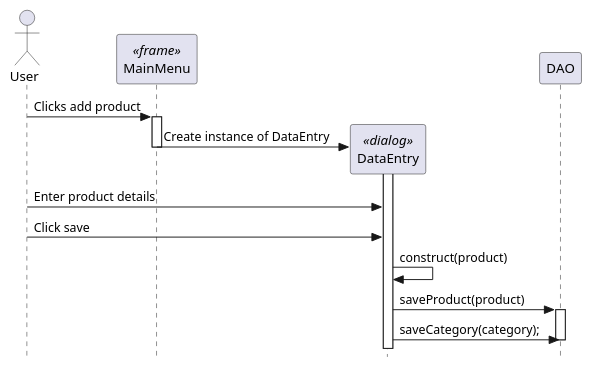
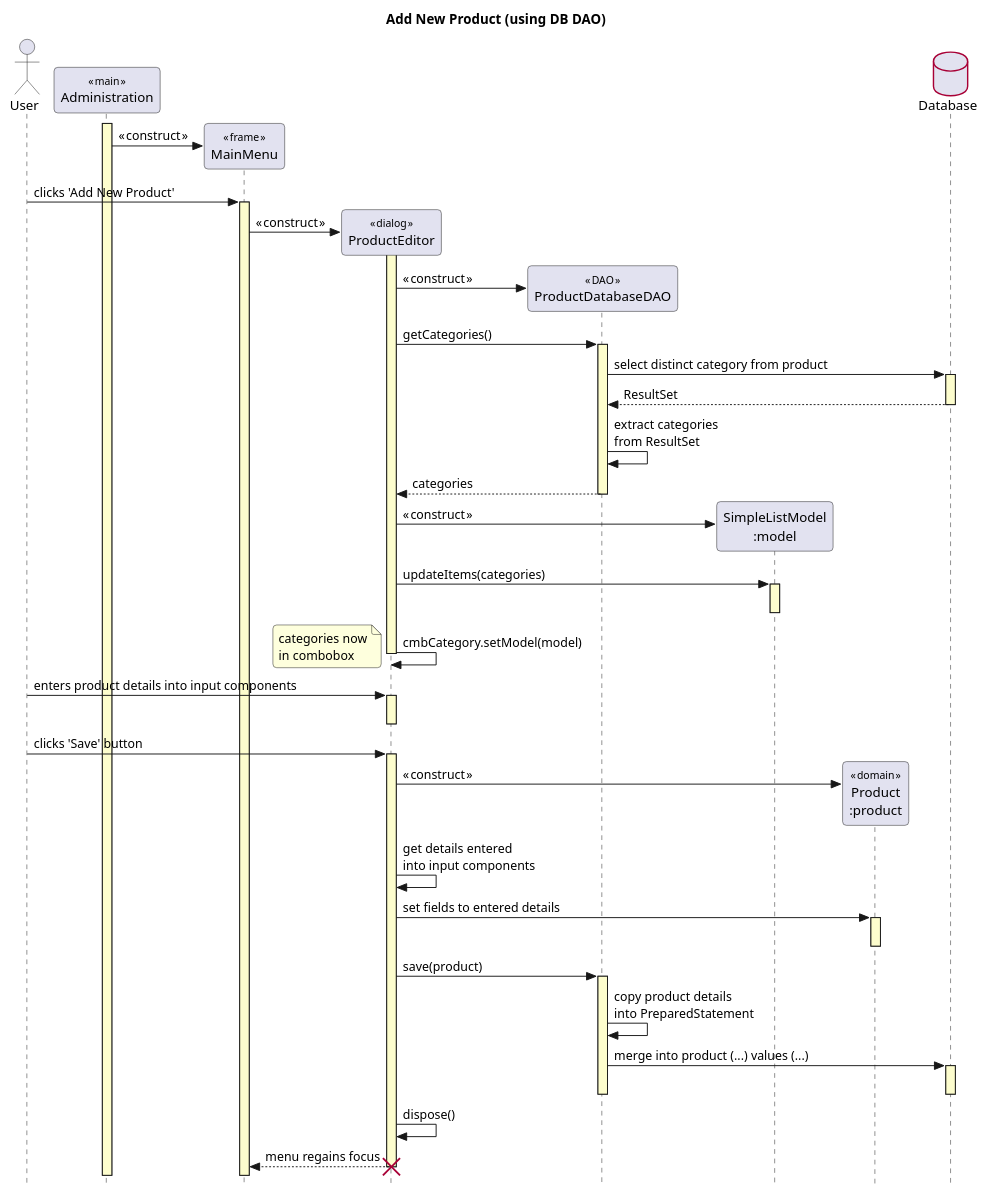
Before and after one commit to Jack-Baucke/INFO202-Project: the diagram in addNewProduct.puml, drawn with PlantUML. The commit also changed 7 other files, not shown here.

Commit message:
Laid groundwork for sequence diagrams

```diff
--- a/addNewProduct.puml
+++ b/addNewProduct.puml
@@ -1,25 +1,91 @@
 @startuml
-skinparam style strictuml
-
-actor "User" as user
-participant "MainMenu" as mainMenu <<frame>>
-
-user -> mainMenu++ : Clicks add product
-
-create "DataEntry" as dataEntry <<dialog>>
-
-mainMenu -> dataEntry++: Create instance of DataEntry
-mainMenu--
-
-user -> dataEntry: Enter product details
-user -> dataEntry: Click save
-dataEntry -> dataEntry: construct(product)
-
-participant "DAO" as dao
-
-dataEntry -> dao++: saveProduct(product)
-dataEntry -> dao: saveCategory(category);
-
+ 
+' style tweaks to make the diagram a little more readable
+skinparam {
+	Style strictuml
+	RoundCorner 8
+ 
+	Sequence {
+		' make activations yellow too
+		LifeLineBackgroundColor #FDFDCD
+ 
+		' make stereotypes less ugly
+		Stereotype {
+			Font {
+				Size 11
+				Style plain
+			}
+		}
+	}
+ 
+	DatabaseBorderColor #A80036
+ 
+}
+ 
+title Add New Product (using DB DAO)
+ 
+actor User as user
+participant "Administration" as main << main >>
+participant "MainMenu" as menu << frame >>
+participant "ProductEditor" as dialog << dialog >>
+participant "ProductDatabaseDAO" as dao << DAO >>
+participant "SimpleListModel\n:model" as model
+participant "Product\n:product" as product << domain >>
+database "Database" as db
+ 
+main++
+create menu
+main -> menu : « construct »
+ 
+user -> menu : clicks 'Add New Product'
+menu++
+ 
+create dialog
+menu -> dialog : « construct »
+dialog++
+ 
+create dao
+dialog -> dao : « construct »
+ 
+dialog -> dao++ : getCategories()
+dao -> db++ : select distinct category from product
+return ResultSet
+dao -> dao : extract categories\nfrom ResultSet
+return categories
+ 
+create model
+dialog -> model : « construct »
+ 
+dialog -> model++ : updateItems(categories)
+model--
+dialog -> dialog : cmbCategory.setModel(model)
+note left : categories now\nin combobox
+dialog--
+ 
+ 
+ 
+user -> dialog++ : enters product details into input components
+dialog--
+ 
+user -> dialog++ : clicks 'Save' button
+ 
+create product
+dialog -> product : « construct »
+ 
+dialog -> dialog : get details entered\ninto input components
+ 
+dialog -> product++ : set fields to entered details
+product--
+ 
+dialog -> dao++ : save(product)
+dao -> dao : copy product details\ninto PreparedStatement
+dao -> db++ : merge into product (...) values (...)
+db--
 dao--
-
+ 
+dialog -> dialog : dispose()
+dialog --> menu : menu regains focus
+destroy dialog
+ 
+ 
 @enduml
```
